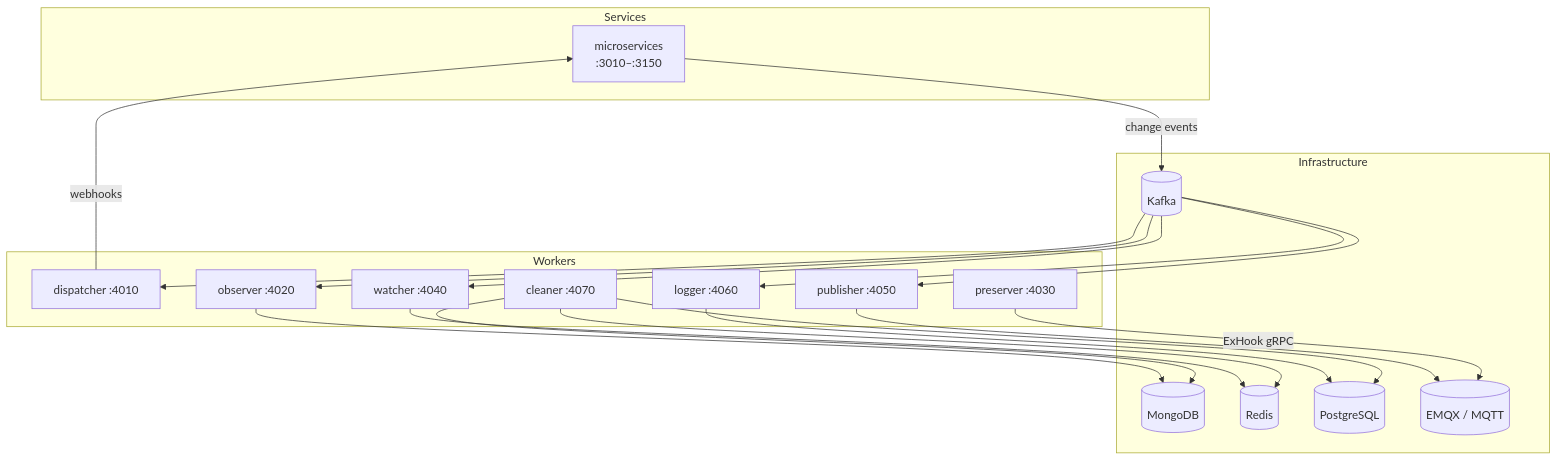
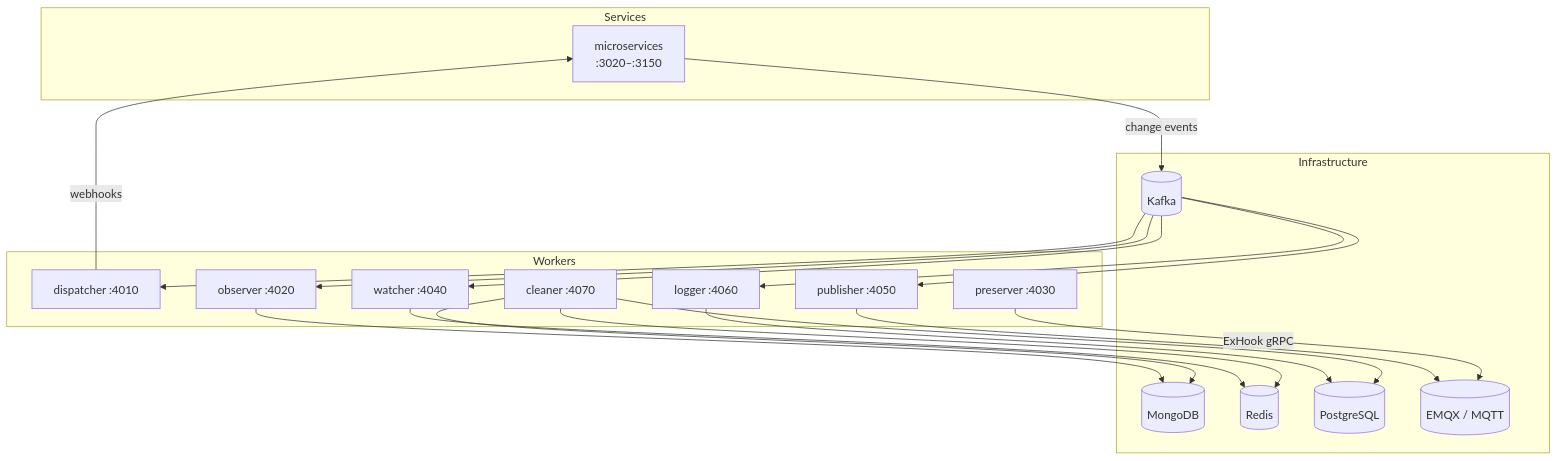
The diagram in getting-started/workers/index.md (wenex-org/platform-docs), drawn with Mermaid before and after one commit. The commit also changed 15 other files, not shown here.

````diff
--- a/getting-started/workers/index.md
+++ b/getting-started/workers/index.md
@@ -7,38 +7,38 @@
 ```mermaid
 graph TD
     subgraph Services
-        SVC["microservices\n:3010–:3150"]
+        SVC["microservices\n:3020–:3150"]
     end
 
     subgraph Infrastructure
         KAFKA[(Kafka)]
         MONGO[(MongoDB)]
         REDIS[(Redis)]
         PG[(PostgreSQL)]
         EMQX[(EMQX / MQTT)]
     end
 
     subgraph Workers
         DISP["dispatcher :4010"]
         OBS["observer :4020"]
         PRES["preserver :4030"]
         WATCH["watcher :4040"]
         PUB["publisher :4050"]
         LOGG["logger :4060"]
         CLN["cleaner :4070"]
     end
 
     SVC -->|change events| KAFKA
     KAFKA --> DISP
     KAFKA --> OBS
     KAFKA --> WATCH
     KAFKA --> PUB
     KAFKA --> LOGG
     DISP -->|webhooks| SVC
     OBS --> MONGO
     WATCH --> REDIS
     PUB --> EMQX
     LOGG --> PG
     PRES -->|ExHook gRPC| EMQX
     CLN --> MONGO & PG & REDIS
 ```
````
